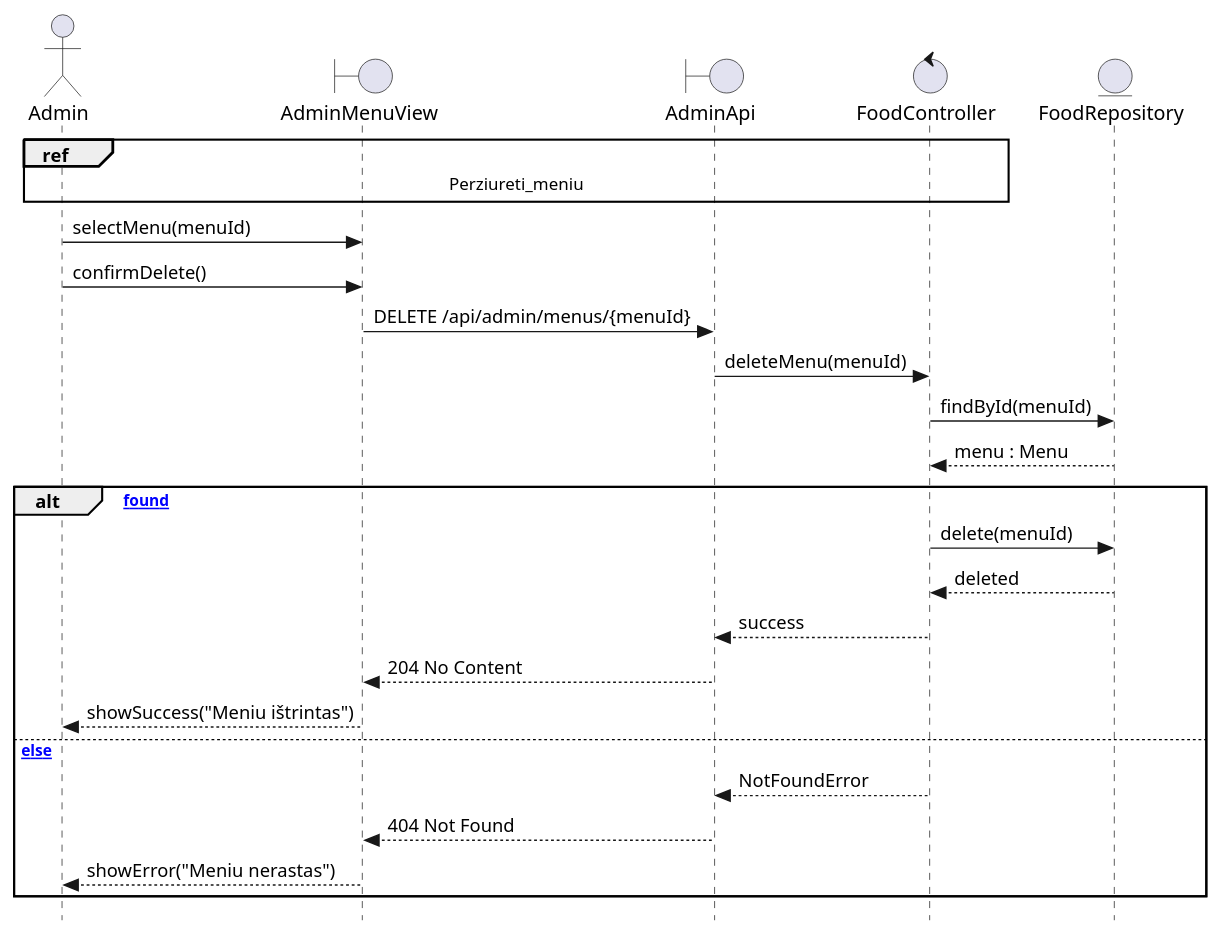
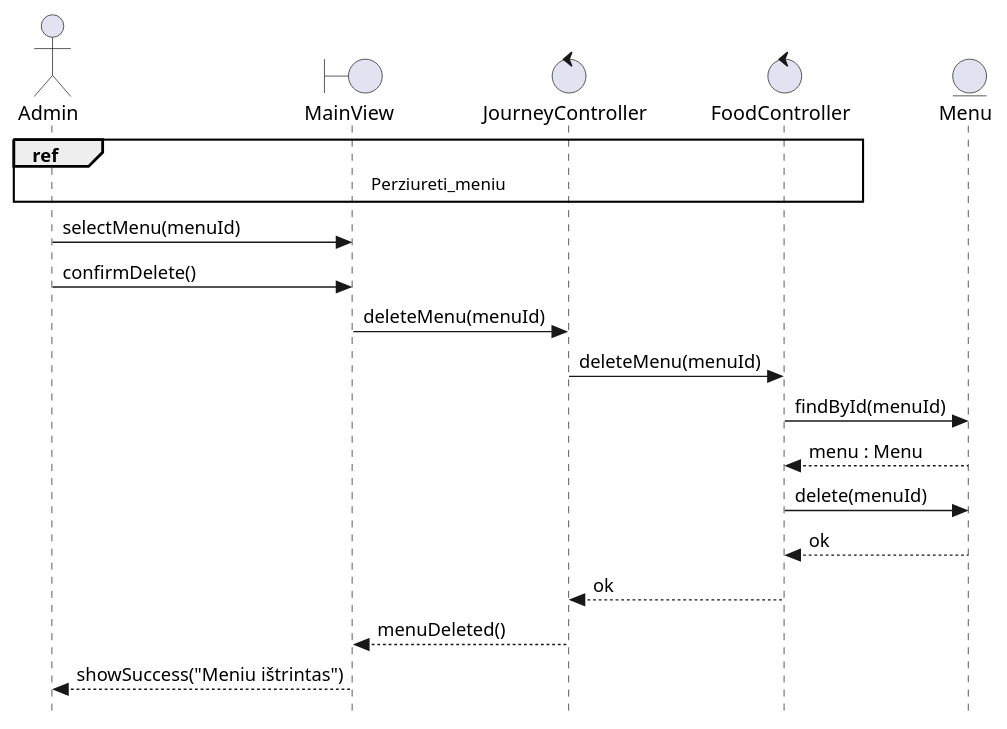
Before and after one commit to SauliusDev/ps-projektas: the diagram in _refs/diagrams-new-quick/sequence/administratoriaus_posisteme/Istrinti_meniu.puml, drawn with PlantUML. The commit also changed 86 other files, not shown here.

First line of the commit message:
feat: rewrite P2 sequence/package diagrams with proper BCE components

```diff
--- a/_refs/diagrams-new-quick/sequence/administratoriaus_posisteme/Istrinti_meniu.puml
+++ b/_refs/diagrams-new-quick/sequence/administratoriaus_posisteme/Istrinti_meniu.puml
@@ -1,30 +1,23 @@
 @startuml Istrinti_meniu
 skinparam style strictuml
 
 actor Admin as A
-boundary AdminMenuView as V
-boundary AdminApi as API
-control FoodController as C
-entity FoodRepository as R
+boundary MainView as V
+control JourneyController as FEC
+control FoodController as BEC
+entity Menu as E
 
-ref over A, V, API, C : Perziureti_meniu
+ref over A, V, FEC, BEC : Perziureti_meniu
 
 A -> V : selectMenu(menuId)
 A -> V : confirmDelete()
-V -> API : DELETE /api/admin/menus/{menuId}
-API -> C : deleteMenu(menuId)
-C -> R : findById(menuId)
-R --> C : menu : Menu
-
-alt [menu found]
-  C -> R : delete(menuId)
-  R --> C : deleted
-  C --> API : success
-  API --> V : 204 No Content
-  V --> A : showSuccess("Meniu ištrintas")
-else [else]
-  C --> API : NotFoundError
-  API --> V : 404 Not Found
-  V --> A : showError("Meniu nerastas")
-end
+V -> FEC : deleteMenu(menuId)
+FEC -> BEC : deleteMenu(menuId)
+BEC -> E : findById(menuId)
+E --> BEC : menu : Menu
+BEC -> E : delete(menuId)
+E --> BEC : ok
+BEC --> FEC : ok
+FEC --> V : menuDeleted()
+V --> A : showSuccess("Meniu ištrintas")
 @enduml
```
